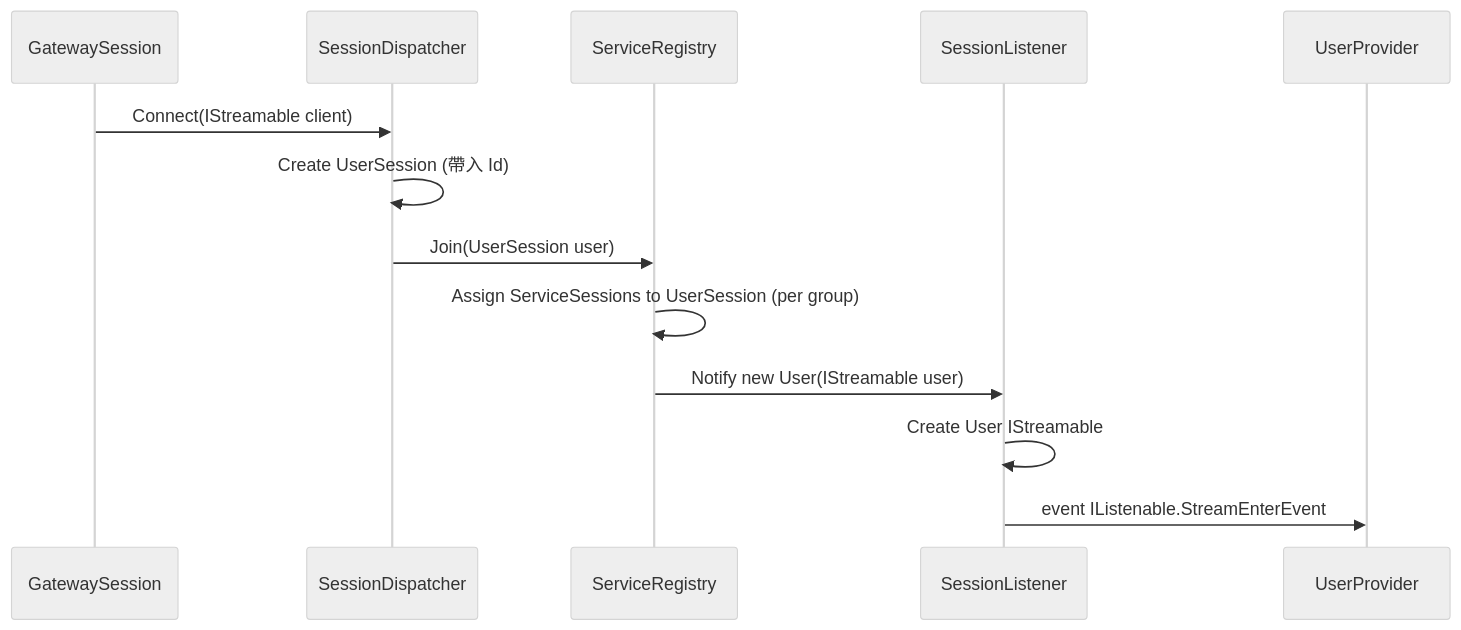
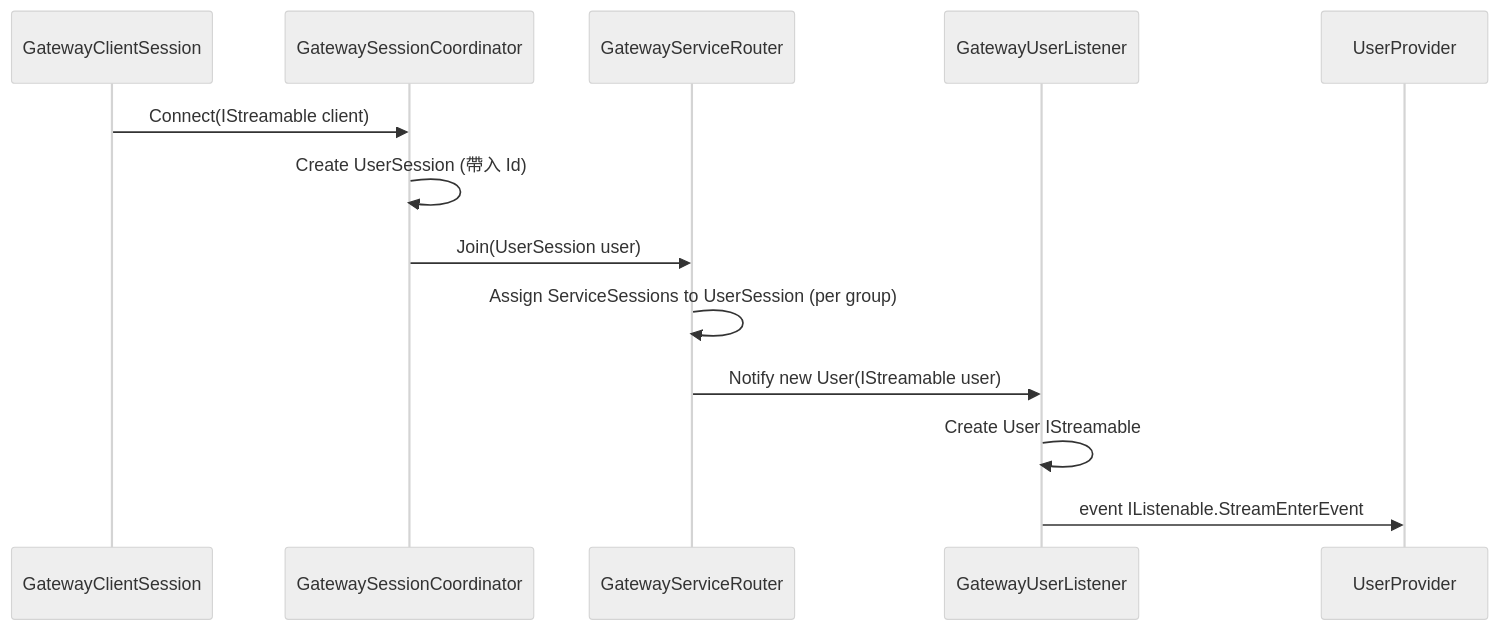
The fourth of 6 diagrams in PinionCore.Remote.Gateway/design.md (jiowchern/PinionCore.Remote), drawn with Mermaid (neutral theme) before and after one commit. The commit also changed other lines of this file and 5 other files, not shown here.

First line of the commit message:
新增 GatewayServiceRouter 和 GatewayUserListener 測試

````diff
--- a/PinionCore.Remote.Gateway/design.md
+++ b/PinionCore.Remote.Gateway/design.md
@@ -172,16 +172,16 @@
 ```mermaid
 sequenceDiagram
-    participant GatewaySession 
-    participant SessionDispatcher
-    participant ServiceRegistry
-    participant SessionListener
+    participant GatewayClientSession 
+    participant GatewaySessionCoordinator
+    participant GatewayServiceRouter
+    participant GatewayUserListener
 
-    GatewaySession ->> SessionDispatcher: Connect(IStreamable client)
-    SessionDispatcher ->> SessionDispatcher : Create UserSession (帶入 Id)
-    SessionDispatcher ->> ServiceRegistry: Join(UserSession user)
-    ServiceRegistry ->> ServiceRegistry: Assign ServiceSessions to UserSession (per group)
-    ServiceRegistry ->> SessionListener: Notify new User(IStreamable user)
+    GatewayClientSession ->> GatewaySessionCoordinator: Connect(IStreamable client)
+    GatewaySessionCoordinator ->> GatewaySessionCoordinator : Create UserSession (帶入 Id)
+    GatewaySessionCoordinator ->> GatewayServiceRouter: Join(UserSession user)
+    GatewayServiceRouter ->> GatewayServiceRouter: Assign ServiceSessions to UserSession (per group)
+    GatewayServiceRouter ->> GatewayUserListener: Notify new User(IStreamable user)
 
-    SessionListener ->> SessionListener: Create User IStreamable
-    SessionListener  ->> UserProvider: event IListenable.StreamEnterEvent
+    GatewayUserListener ->> GatewayUserListener: Create User IStreamable
+    GatewayUserListener  ->> UserProvider: event IListenable.StreamEnterEvent
 ```
````
